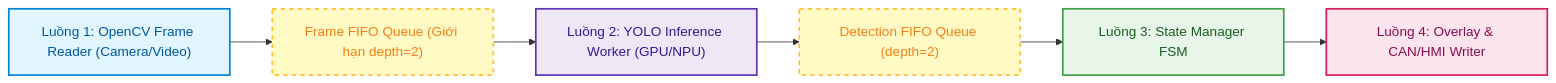
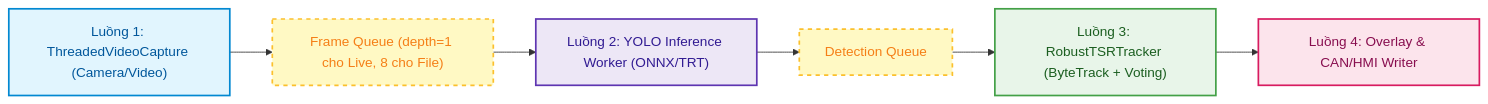
One commit to LeNguyenHaiDuong/adas-tsr changed the fifth of 21 diagrams in research/3.implementation/01.hybrid_pipeline_architecture.md. Above: the diagram before and after it, drawn with Mermaid. The commit also changed other lines of this file and 13 other files, not shown here.

````diff
--- a/research/3.implementation/01.hybrid_pipeline_architecture.md
+++ b/research/3.implementation/01.hybrid_pipeline_architecture.md
@@ -270,14 +334,14 @@
 ```mermaid
 flowchart LR
     classDef layerSensing fill:#E1F5FE,stroke:#0288D1,stroke-width:2px,color:#01579B
     classDef layerPerception fill:#EDE7F6,stroke:#5E35B1,stroke-width:2px,color:#311B92
     classDef layerState fill:#E8F5E9,stroke:#43A047,stroke-width:2px,color:#1B5E20
     classDef layerOutput fill:#FCE4EC,stroke:#D81B60,stroke-width:2px,color:#880E4F
     classDef nodeQueue fill:#FFF9C4,stroke:#FBC02D,stroke-width:2px,stroke-dasharray: 5 5,color:#F57F17
 
-    T1["Luồng 1: OpenCV Frame Reader (Camera/Video)"]:::layerSensing --> Q1["Frame FIFO Queue (Giới hạn depth=2)"]:::nodeQueue
-    Q1 --> T2["Luồng 2: YOLO Inference Worker (GPU/NPU)"]:::layerPerception
-    T2 --> Q2["Detection FIFO Queue (depth=2)"]:::nodeQueue
-    Q2 --> T3["Luồng 3: State Manager FSM"]:::layerState
+    T1["Luồng 1: ThreadedVideoCapture (Camera/Video)"]:::layerSensing --> Q1["Frame Queue (depth=1 cho Live, 8 cho File)"]:::nodeQueue
+    Q1 --> T2["Luồng 2: YOLO Inference Worker (ONNX/TRT)"]:::layerPerception
+    T2 --> Q2["Detection Queue"]:::nodeQueue
+    Q2 --> T3["Luồng 3: RobustTSRTracker (ByteTrack + Voting)"]:::layerState
     T3 --> T4["Luồng 4: Overlay & CAN/HMI Writer"]:::layerOutput
 ```
````
